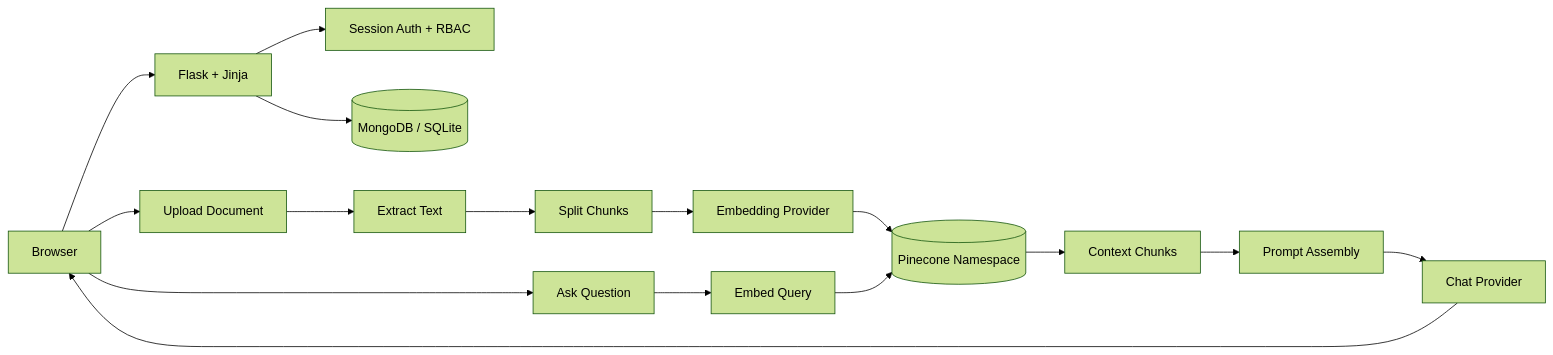
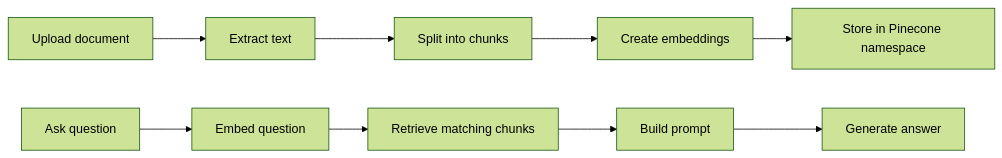
Before and after one commit to Valo-Asura/custom_ai_bot: the diagram in README.md, drawn with Mermaid (forest theme). The commit also changed other lines of this file, not shown here.

````diff
--- a/README.md
+++ b/README.md
@@ -59,20 +41,11 @@
 ```mermaid
 flowchart LR
-    Browser[Browser] --> Flask[Flask + Jinja]
-    Flask --> Auth[Session Auth + RBAC]
-    Flask --> Data[(MongoDB / SQLite)]
-
-    Browser --> Upload[Upload Document]
-    Upload --> Extract[Extract Text]
-    Extract --> Split[Split Chunks]
-    Split --> Embed[Embedding Provider]
-    Embed --> Pinecone[(Pinecone Namespace)]
-
-    Browser --> Chat[Ask Question]
-    Chat --> QueryEmbed[Embed Query]
-    QueryEmbed --> Pinecone
-    Pinecone --> Context[Context Chunks]
-    Context --> Prompt[Prompt Assembly]
-    Prompt --> LLM[Chat Provider]
-    LLM --> Browser
+    A[Upload document] --> B[Extract text]
+    B --> C[Split into chunks]
+    C --> D[Create embeddings]
+    D --> E[Store in Pinecone namespace]
+    F[Ask question] --> G[Embed question]
+    G --> H[Retrieve matching chunks]
+    H --> I[Build prompt]
+    I --> J[Generate answer]
 ```
````
